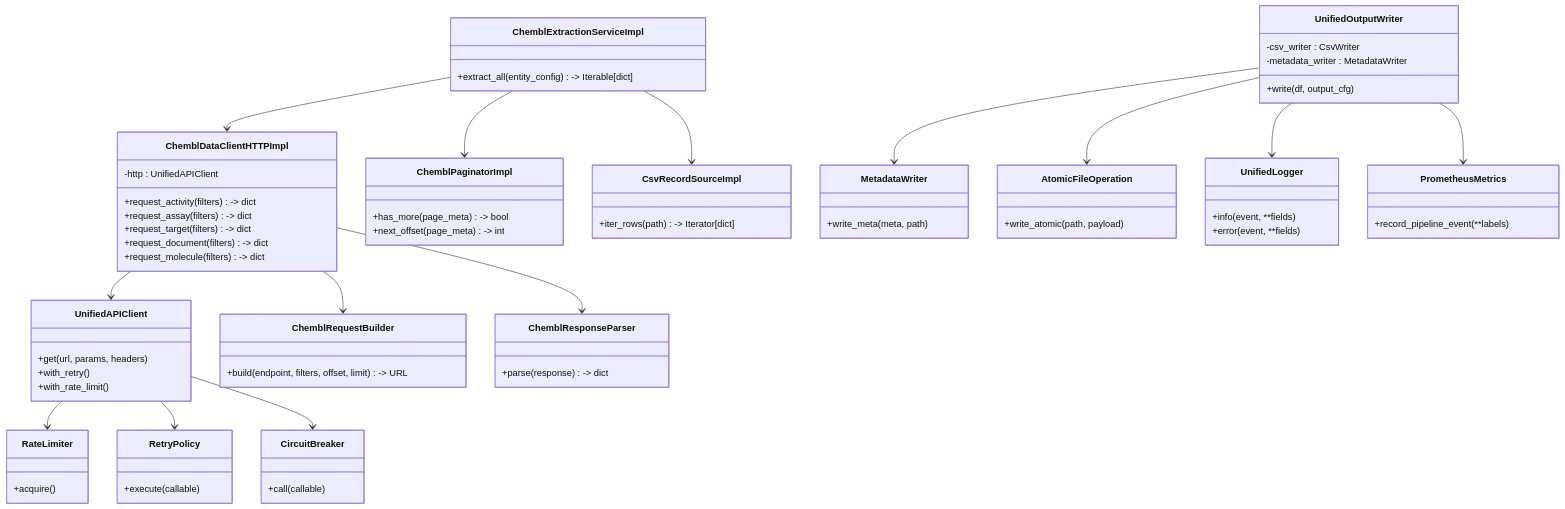
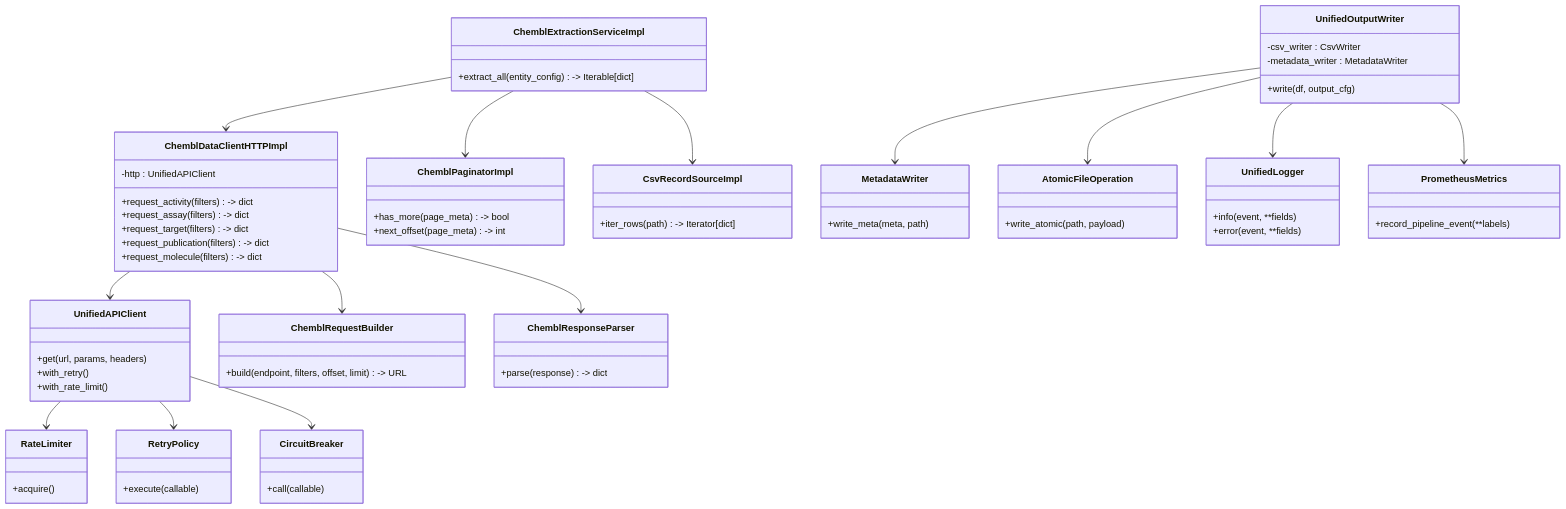
One commit to SatoryKono/BioactivityDataAcquisition changed the diagram in docs/architecture/diagrams/class/21-infrastructure-layer-overview.mmd. Above: the diagram before and after it, drawn with Mermaid. The commit also changed 50 other files, not shown here.

Commit message:
Переименование Document в Publication

```diff
--- a/docs/architecture/diagrams/class/21-infrastructure-layer-overview.mmd
+++ b/docs/architecture/diagrams/class/21-infrastructure-layer-overview.mmd
@@ -1,72 +1,72 @@
 %%{init: {"class": {"domainPrimary": {"fill": "#f5f5f5", "stroke": "#444", "strokeWidth": 1.5, "color": "#111", "fontSize": "22px"}, "domainSecondary": {"fill": "#e3e7ec", "stroke": "#555", "strokeWidth": 1.2, "color": "#111", "fontSize": "18px"}, "interface": {"fill": "#dde7f2", "stroke": "#44546a", "strokeWidth": 1.5, "color": "#111", "fontSize": "22px"}}}}%%
 classDiagram
     class UnifiedAPIClient {
         +get(url, params, headers)
         +with_retry()
         +with_rate_limit()
     }
     class RateLimiter {
         +acquire()
     }
     class RetryPolicy {
         +execute(callable)
     }
     class CircuitBreaker {
         +call(callable)
     }
     class ChemblDataClientHTTPImpl {
         +request_activity(filters) -> dict
         +request_assay(filters) -> dict
         +request_target(filters) -> dict
-        +request_document(filters) -> dict
+        +request_publication(filters) -> dict
         +request_molecule(filters) -> dict
         -http : UnifiedAPIClient
     }
     class ChemblRequestBuilder {
         +build(endpoint, filters, offset, limit) -> URL
     }
     class ChemblResponseParser {
         +parse(response) -> dict
     }
     class ChemblPaginatorImpl {
         +has_more(page_meta) -> bool
         +next_offset(page_meta) -> int
     }
     class ChemblExtractionServiceImpl {
         +extract_all(entity_config) -> Iterable[dict]
     }
     class CsvRecordSourceImpl {
         +iter_rows(path) -> Iterator[dict]
     }
     class UnifiedOutputWriter {
         +write(df, output_cfg)
         -csv_writer : CsvWriter
         -metadata_writer : MetadataWriter
     }
     class MetadataWriter {
         +write_meta(meta, path)
     }
     class AtomicFileOperation {
         +write_atomic(path, payload)
     }
     class UnifiedLogger {
         +info(event, **fields)
         +error(event, **fields)
     }
     class PrometheusMetrics {
         +record_pipeline_event(**labels)
     }
 
     UnifiedAPIClient --> RateLimiter
     UnifiedAPIClient --> RetryPolicy
     UnifiedAPIClient --> CircuitBreaker
     ChemblDataClientHTTPImpl --> UnifiedAPIClient
     ChemblDataClientHTTPImpl --> ChemblRequestBuilder
     ChemblDataClientHTTPImpl --> ChemblResponseParser
     ChemblExtractionServiceImpl --> ChemblDataClientHTTPImpl
     ChemblExtractionServiceImpl --> ChemblPaginatorImpl
     ChemblExtractionServiceImpl --> CsvRecordSourceImpl
     UnifiedOutputWriter --> MetadataWriter
     UnifiedOutputWriter --> AtomicFileOperation
     UnifiedOutputWriter --> UnifiedLogger
     UnifiedOutputWriter --> PrometheusMetrics
```
